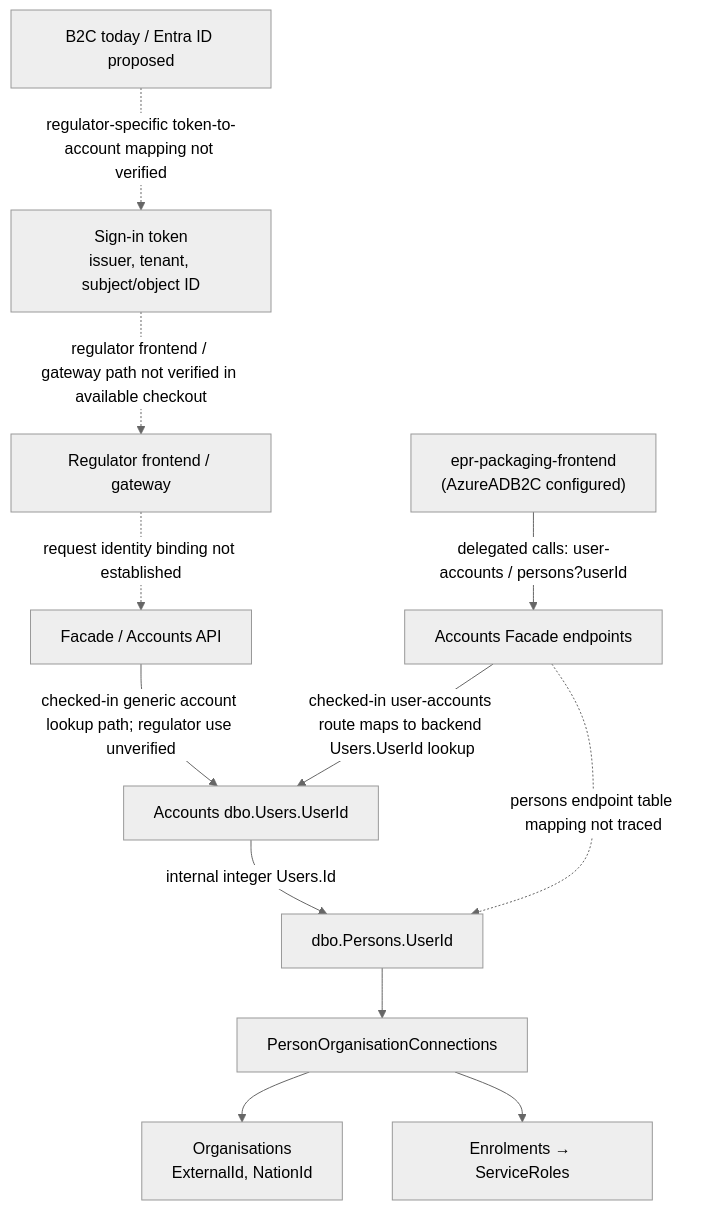
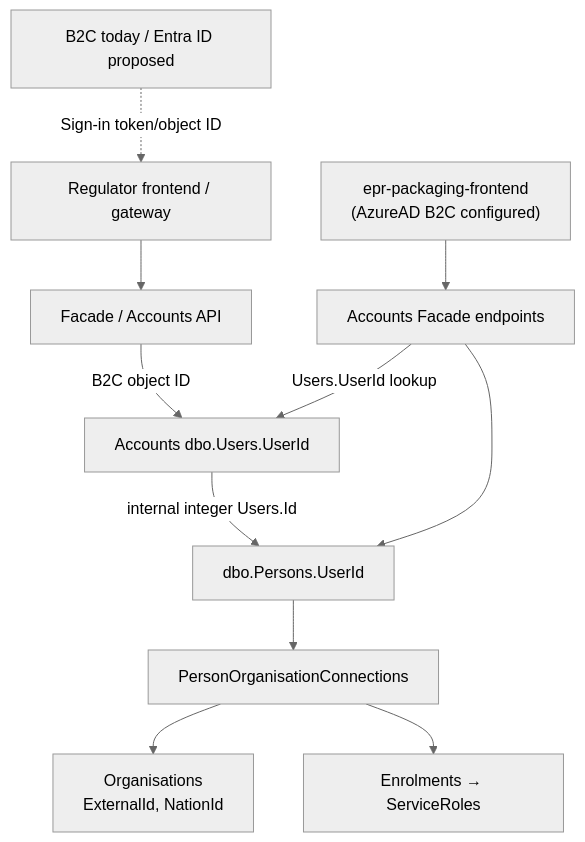
Before and after one commit to DEFRA/epr-data-sqldb: the first of 6 diagrams in docs/identity_provider_EntraID/rpd-users-userid-entra-migration.md, drawn with Mermaid (neutral theme). The commit also changed other lines of this file, not shown here.

Commit message:
simplifying charts

````diff
--- a/docs/identity_provider_EntraID/rpd-users-userid-entra-migration.md
+++ b/docs/identity_provider_EntraID/rpd-users-userid-entra-migration.md
@@ -17,14 +17,13 @@
 ```mermaid
 flowchart TB
-    IdP["B2C today / Entra ID proposed"] -. "regulator-specific token-to-account mapping not verified" .-> Token["Sign-in token\nissuer, tenant, subject/object ID"]
-    Token -. "regulator frontend / gateway path not verified in available checkout" .-> RegFE["Regulator frontend / gateway"]
-    RegFE -. "request identity binding not established" .-> AccountAPI["Facade / Accounts API"]
-    AccountAPI -->|"checked-in generic account lookup path; regulator use unverified"| AccountsUser["Accounts dbo.Users.UserId"]
-    PackagingFrontend["epr-packaging-frontend\n(AzureADB2C configured)"] -->|"delegated calls: user-accounts / persons?userId"| PackagingAccountsAPI["Accounts Facade endpoints"]
-    PackagingAccountsAPI -->|"checked-in user-accounts route maps to backend Users.UserId lookup"| AccountsUser
-    PackagingAccountsAPI -. "persons endpoint table mapping not traced" .-> AccountsPerson
+    IdP["B2C today / Entra ID proposed"] -. "Sign-in token/object ID" .-> RegFE["Regulator frontend / gateway"]
+    RegFE --> AccountAPI["Facade / Accounts API"]
+    AccountAPI -->|"B2C object ID"| AccountsUser["Accounts dbo.Users.UserId"]
+    PackagingFrontend["epr-packaging-frontend\n(AzureAD B2C configured)"] --> PackagingAccountsAPI["Accounts Facade endpoints"]
+    PackagingAccountsAPI -->|"Users.UserId lookup"| AccountsUser
+    PackagingAccountsAPI --> AccountsPerson
     AccountsUser -->|"internal integer Users.Id"| AccountsPerson["dbo.Persons.UserId"]
     AccountsPerson --> AccountsLink["PersonOrganisationConnections"]
     AccountsLink --> AccountsOrg["Organisations\nExternalId, NationId"]
     AccountsLink --> AccountsEnrol["Enrolments → ServiceRoles"]
 ```
````
